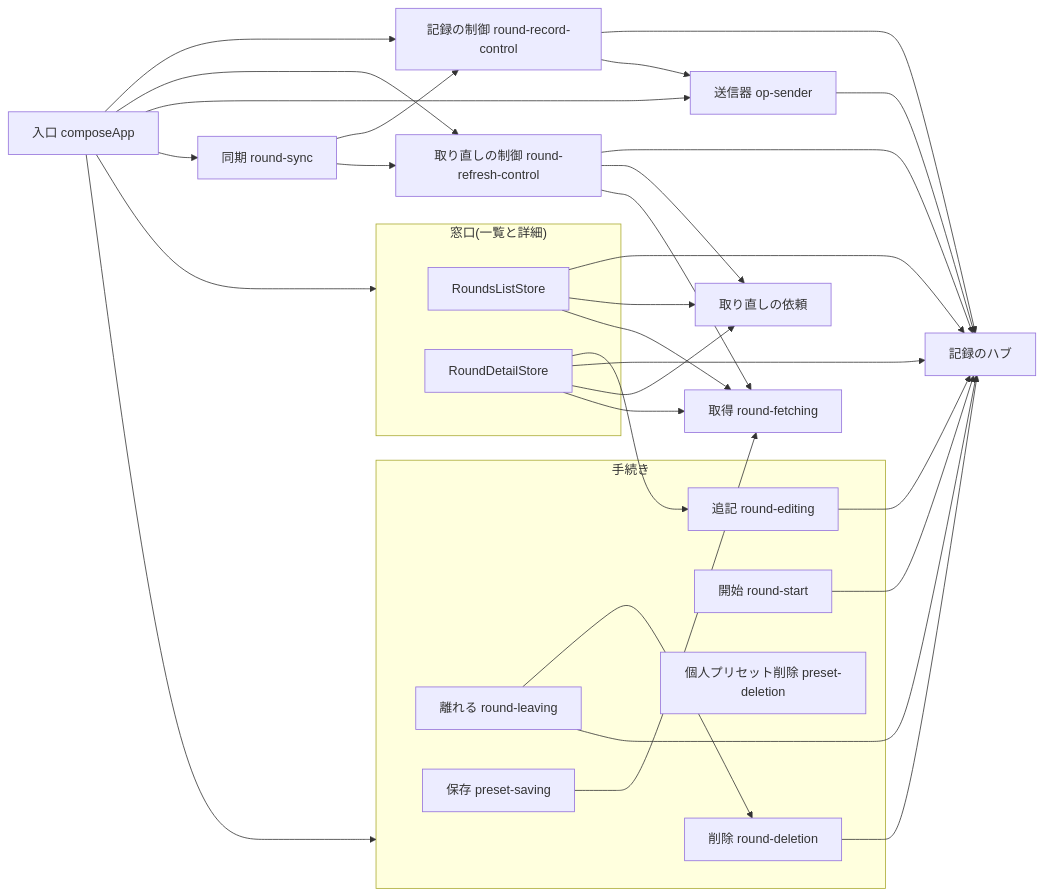
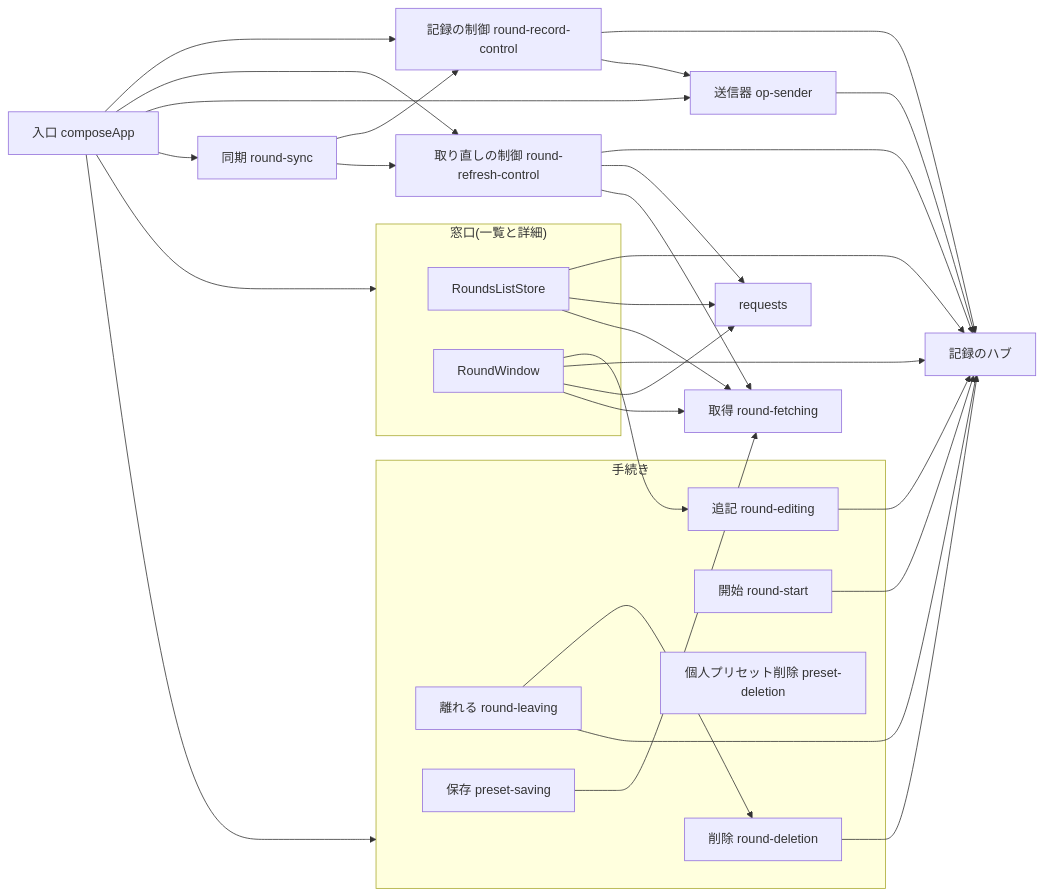
Before and after one commit to yukiyamasaki6/aims: the diagram in docs/features/rounds/design.md, drawn with Mermaid. The commit also changed other lines of this file and 67 other files, not shown here.

````diff
--- a/docs/features/rounds/design.md
+++ b/docs/features/rounds/design.md
@@ -14,50 +14,49 @@
 ```mermaid
 flowchart LR
   compose["入口 composeApp"]
   subgraph stores["窓口(一覧と詳細)"]
     list["RoundsListStore"]
-    detail["RoundDetailStore"]
+    detail["RoundWindow"]
   end
   subgraph procedures["手続き"]
     deletion["削除 round-deletion"]
     leaving["離れる round-leaving"]
     start["開始 round-start"]
     presetDeletion["個人プリセット削除 preset-deletion"]
     presetSaving["保存 preset-saving"]
     editing["追記 round-editing"]
   end
   hub["記録のハブ"]
-  requests["取り直しの依頼"]
   fetching["取得 round-fetching"]
   control["記録の制御 round-record-control"]
   refreshControl["取り直しの制御 round-refresh-control"]
   sender["送信器 op-sender"]
   sync["同期 round-sync"]
   compose --> stores
   compose --> procedures
   compose --> control
   compose --> refreshControl
   compose --> sender
   compose --> sync
   list --> hub
   list --> requests
   list --> fetching
   detail --> editing
   detail --> hub
   detail --> requests
   detail --> fetching
   leaving --> deletion
   leaving --> hub
   deletion --> hub
   start --> hub
   editing --> hub
   presetSaving --> fetching
   control --> hub
   control --> sender
   sender --> hub
   refreshControl --> hub
   refreshControl --> requests
   refreshControl --> fetching
   sync --> control
   sync --> refreshControl
 ```
````
